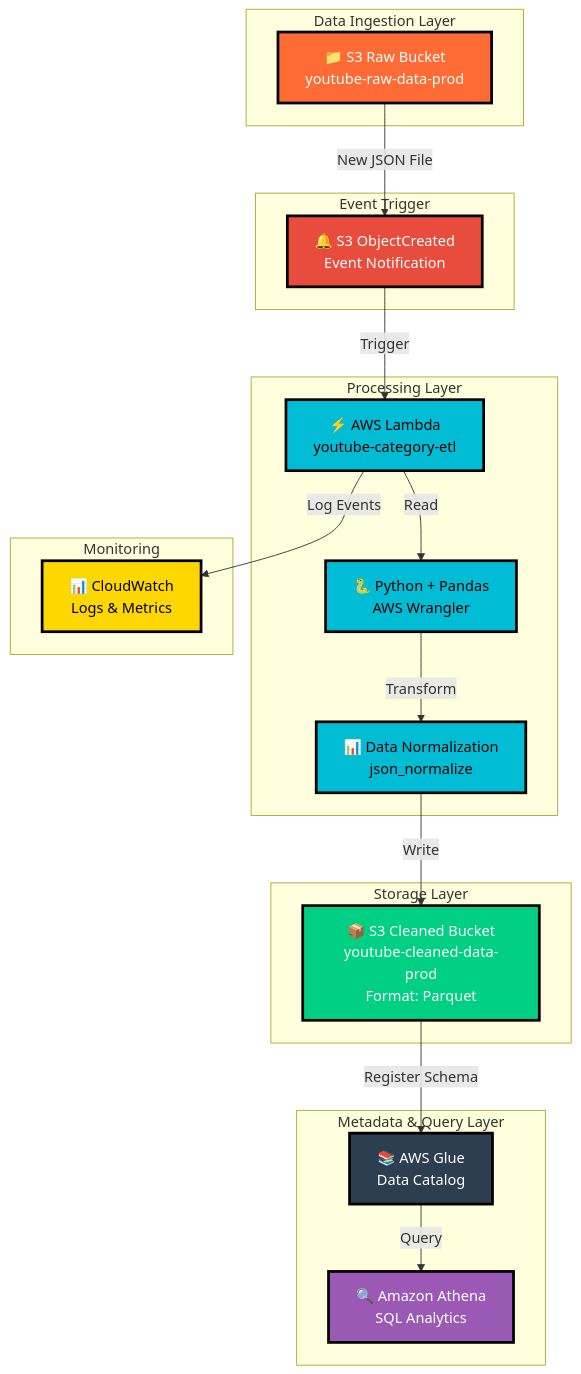
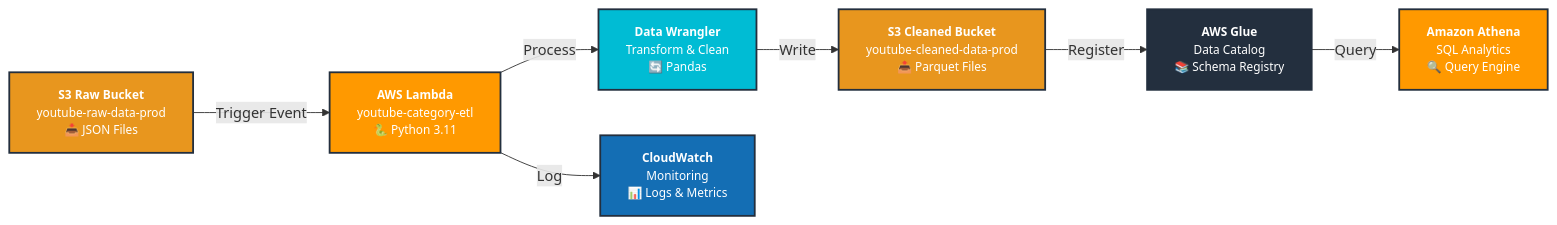
Before and after one commit to Vishnudrm/Youtube_analysis_using_Athena: the first of 3 diagrams in README.md, drawn with Mermaid.

Commit message:
edited the architectures

````diff
--- a/README.md
+++ b/README.md
@@ -30,48 +30,25 @@
 ```mermaid
-graph TB
-    subgraph "Data Ingestion Layer"
-        A["📁 S3 Raw Bucket<br/>youtube-raw-data-prod"]
-    end
+graph LR
+    A["<b>S3 Raw Bucket</b><br/>youtube-raw-data-prod<br/>📥 JSON Files"] 
+    B["<b>AWS Lambda</b><br/>youtube-category-etl<br/>🐍 Python 3.11"]
+    C["<b>Data Wrangler</b><br/>Transform & Clean<br/>🔄 Pandas"]
+    D["<b>S3 Cleaned Bucket</b><br/>youtube-cleaned-data-prod<br/>📤 Parquet Files"]
+    E["<b>AWS Glue</b><br/>Data Catalog<br/>📚 Schema Registry"]
+    F["<b>Amazon Athena</b><br/>SQL Analytics<br/>🔍 Query Engine"]
+    G["<b>CloudWatch</b><br/>Monitoring<br/>📊 Logs & Metrics"]
     
-    subgraph "Event Trigger"
-        B["🔔 S3 ObjectCreated<br/>Event Notification"]
-    end
+    A -->|Trigger Event| B
+    B -->|Process| C
+    C -->|Write| D
+    D -->|Register| E
+    E -->|Query| F
+    B -->|Log| G
     
-    subgraph "Processing Layer"
-        C["⚡ AWS Lambda<br/>youtube-category-etl"]
-        D["🐍 Python + Pandas<br/>AWS Wrangler"]
-        E["📊 Data Normalization<br/>json_normalize"]
-    end
-    
-    subgraph "Storage Layer"
-        F["📦 S3 Cleaned Bucket<br/>youtube-cleaned-data-prod<br/>Format: Parquet"]
-    end
-    
-    subgraph "Metadata & Query Layer"
-        G["📚 AWS Glue<br/>Data Catalog"]
-        H["🔍 Amazon Athena<br/>SQL Analytics"]
-    end
-    
-    subgraph "Monitoring"
-        I["📊 CloudWatch<br/>Logs & Metrics"]
-    end
-    
-    A -->|New JSON File| B
-    B -->|Trigger| C
-    C -->|Read| D
-    D -->|Transform| E
-    E -->|Write| F
-    F -->|Register Schema| G
-    G -->|Query| H
-    C -->|Log Events| I
-    
-    style A fill:#FF6B35,stroke:#000,stroke-width:3px,color:#fff
-    style B fill:#E74C3C,stroke:#000,stroke-width:3px,color:#fff
-    style C fill:#00BCD4,stroke:#000,stroke-width:3px,color:#000
-    style D fill:#00BCD4,stroke:#000,stroke-width:3px,color:#000
-    style E fill:#00BCD4,stroke:#000,stroke-width:3px,color:#000
-    style F fill:#00D084,stroke:#000,stroke-width:3px,color:#fff
-    style G fill:#2C3E50,stroke:#000,stroke-width:3px,color:#fff
-    style H fill:#9B59B6,stroke:#000,stroke-width:3px,color:#fff
-    style I fill:#FFD700,stroke:#000,stroke-width:3px,color:#000
+    style A fill:#E8961E,stroke:#232F3E,stroke-width:2px,color:#fff,font-size:13px
+    style B fill:#FF9900,stroke:#232F3E,stroke-width:2px,color:#fff,font-size:13px
+    style C fill:#00BCD4,stroke:#232F3E,stroke-width:2px,color:#fff,font-size:13px
+    style D fill:#E8961E,stroke:#232F3E,stroke-width:2px,color:#fff,font-size:13px
+    style E fill:#232F3E,stroke:#232F3E,stroke-width:2px,color:#fff,font-size:13px
+    style F fill:#FF9900,stroke:#232F3E,stroke-width:2px,color:#fff,font-size:13px
+    style G fill:#146EB4,stroke:#232F3E,stroke-width:2px,color:#fff,font-size:13px
 ```
````
